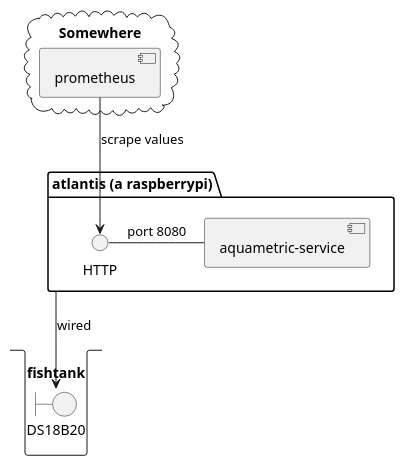
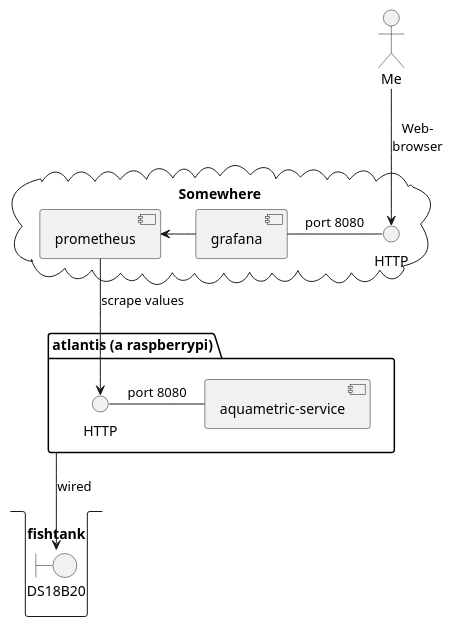
One commit to StefanSchubert/aquarium_IoT changed the diagram in assets/Components.puml. Above: the diagram before and after it, drawn with PlantUML. The commit also changed 1 other file, not shown here.

```diff
--- a/assets/Components.puml
+++ b/assets/Components.puml
@@ -1,17 +1,23 @@
 @startuml
 
 package "atlantis (a raspberrypi)" as pi {
-HTTP - [aquametric-service] : port 8080
+interface HTTP as http1
+http1 - [aquametric-service] : port 8080
 }
 
 stack fishtank {
     boundary DS18B20 as sensor
 }
 
 pi -d-> sensor : wired
 
 cloud Somewhere {
-    [prometheus] --> [HTTP] : scrape values
+    interface HTTP as http2
+    [prometheus] --> http1 : scrape values
+    [grafana] -l-> [prometheus]
+    [grafana] - http2 : port 8080
 }
+ actor Me
+ Me --> http2 : Web-\nbrowser
 
 @enduml
```
